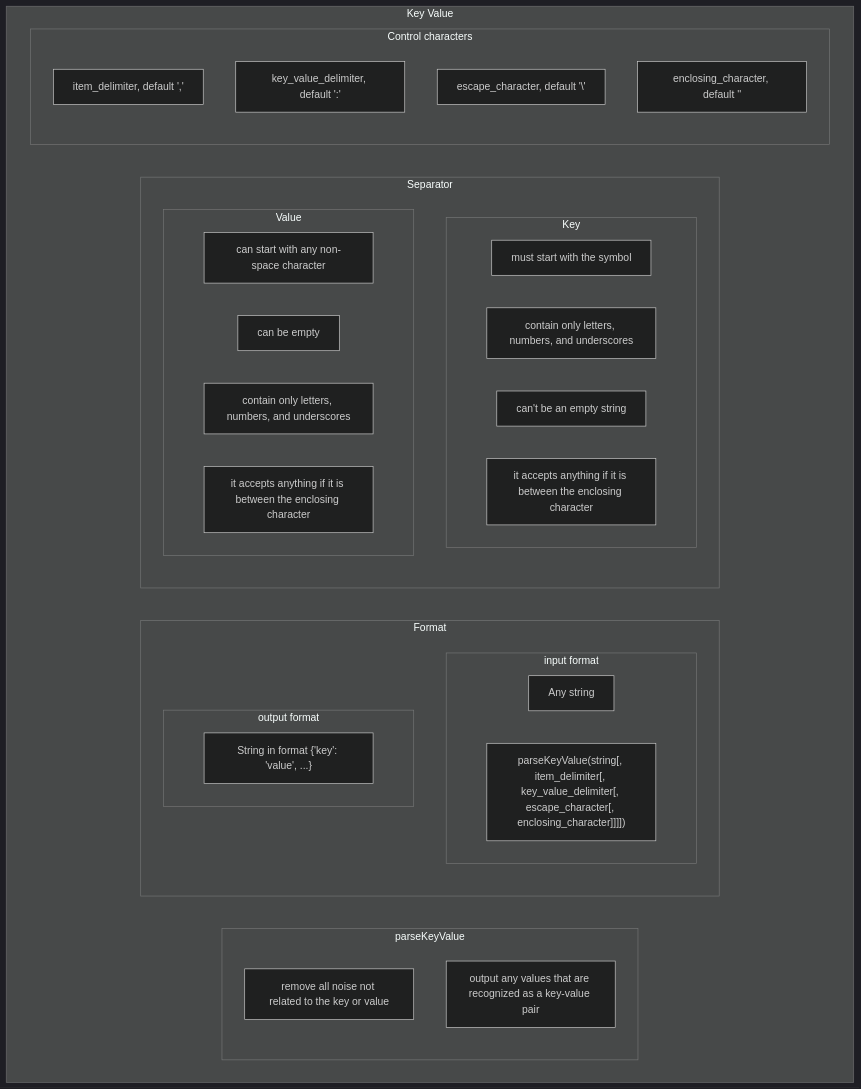
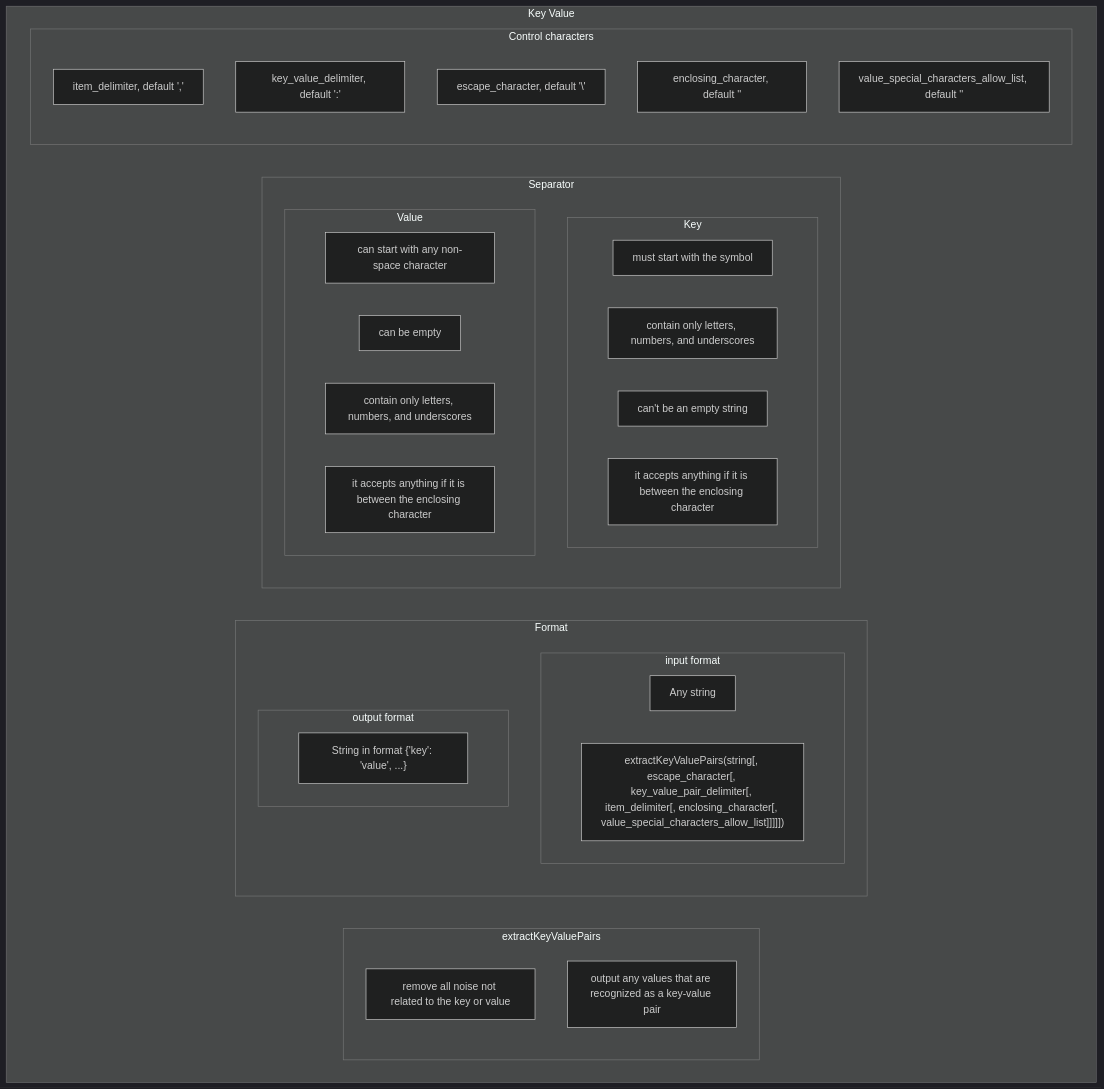
Before and after one commit to Altinity/clickhouse-regression: the diagram in key_value/requirements/requirements.md, drawn with Mermaid (dark theme). The commit also changed other lines of this file and 1 other file, not shown here.

````diff
--- a/key_value/requirements/requirements.md
+++ b/key_value/requirements/requirements.md
@@ -39,46 +43,47 @@
 ```mermaid
 flowchart LR
   subgraph Key Value
     direction LR
-    subgraph A[parseKeyValue]
+    subgraph A[extractKeyValuePairs]
         A1[remove all noise not related to the key or value]
         A2[output any values that are recognized as a key-value pair]
     end
     subgraph E[Format]
         direction TB
         subgraph E1[input format]
             direction LR
             E11[Any string]
-            E12["parseKeyValue(string[, item_delimiter[, key_value_delimiter[, escape_character[, enclosing_character]]]])"]
+            E12["extractKeyValuePairs(string[, escape_character[, key_value_pair_delimiter[, item_delimiter[, enclosing_character[, value_special_characters_allow_list]]]]])"]
         end
         subgraph E2[output format]
             direction LR 
             E21["String in format {'key': 'value', ...}"]
         end
     end  
     subgraph Z[Separator]
         direction TB
         subgraph Z1[Key]
             direction LR
             Z11[must start with the symbol]
             Z12[contain only letters, numbers, and underscores]
             Z13[can't be an empty string]
             Z14[it accepts anything if it is between the enclosing character]
         end
         subgraph Z2[Value]
             direction LR
             Z21[can start with any non-space character]
             Z22[can be empty]
             Z23[contain only letters, numbers, and underscores]
             Z24[it accepts anything if it is between the enclosing character]
         end
     end
     subgraph Q[Сontrol сharacters]
         direction TB
         Q1[item_delimiter, default ',']
         Q2[key_value_delimiter, default ':']
         Q3[escape_character, default '\']
         Q4[enclosing_character, default '']
+        Q5[value_special_characters_allow_list, default '']
     end
   end
 ```
````
